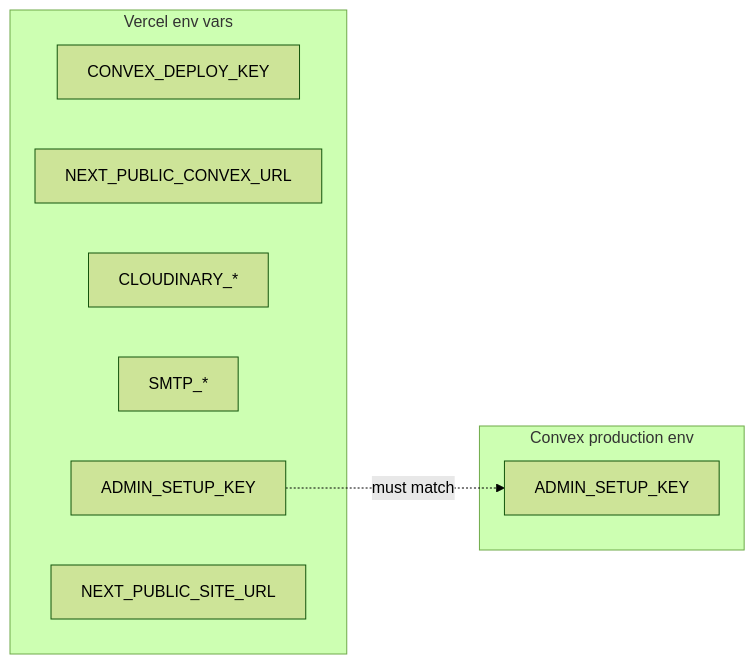
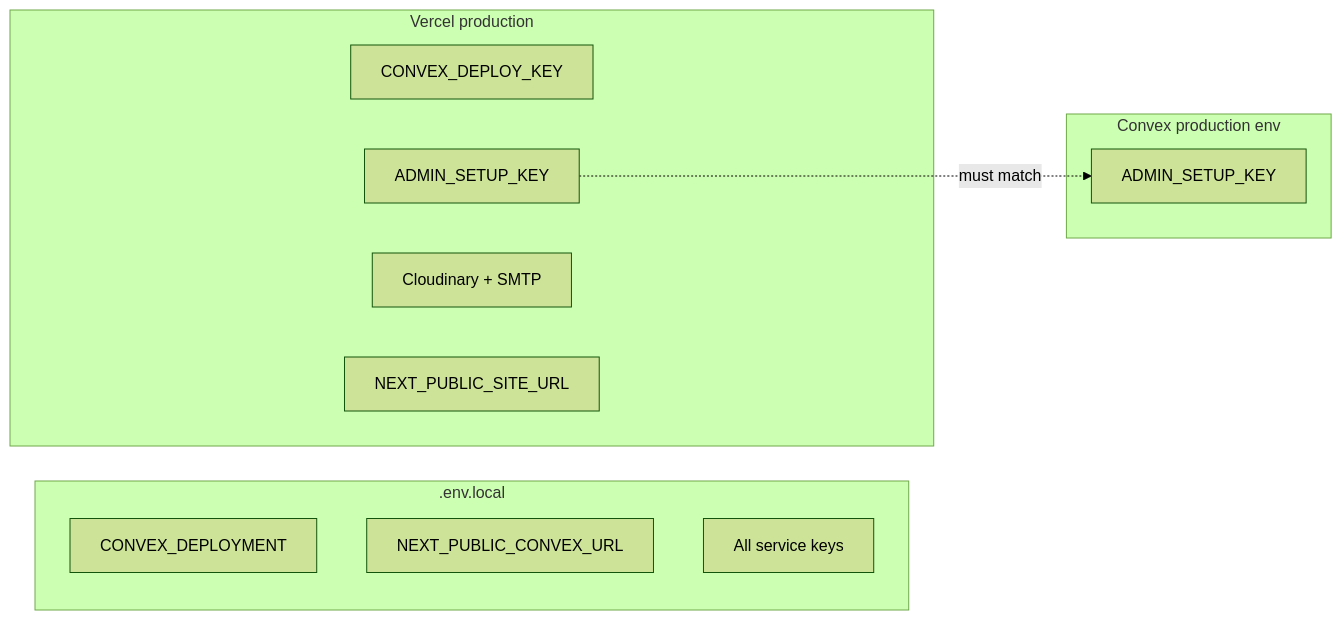
Before and after one commit to mawlid1431/Portfolio: diagram 12 of 15 in README.md, drawn with Mermaid (forest theme). The commit also changed other lines of this file, not shown here.

````diff
--- a/README.md
+++ b/README.md
@@ -449,17 +498,21 @@
 ```mermaid
 flowchart LR
-  subgraph VercelEnv["Vercel env vars"]
-    V1["CONVEX_DEPLOY_KEY"]
-    V2["NEXT_PUBLIC_CONVEX_URL"]
-    V3["CLOUDINARY_*"]
-    V4["SMTP_*"]
-    V5["ADMIN_SETUP_KEY"]
-    V6["NEXT_PUBLIC_SITE_URL"]
+  subgraph Local[".env.local"]
+    L1["CONVEX_DEPLOYMENT"]
+    L2["NEXT_PUBLIC_CONVEX_URL"]
+    L3["All service keys"]
   end
 
-  subgraph ConvexEnv["Convex production env"]
+  subgraph Vercel["Vercel production"]
+    V1["CONVEX_DEPLOY_KEY"]
+    V2["ADMIN_SETUP_KEY"]
+    V3["Cloudinary + SMTP"]
+    V4["NEXT_PUBLIC_SITE_URL"]
+  end
+
+  subgraph ConvexProd["Convex production env"]
     C1["ADMIN_SETUP_KEY"]
   end
 
-  V5 -.->|must match| C1
+  V2 -.->|must match| C1
 ```
````
